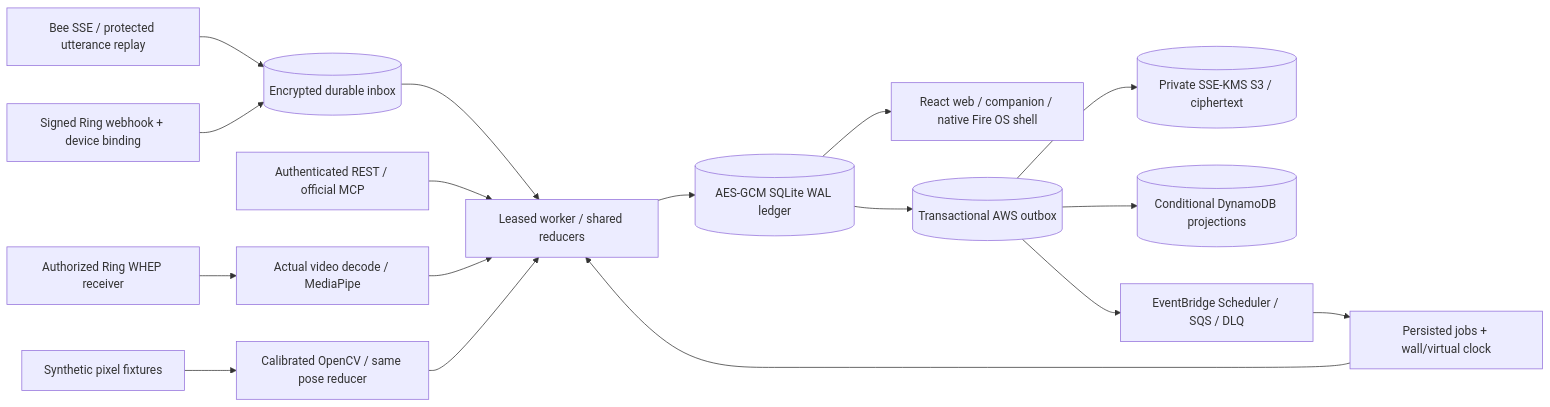
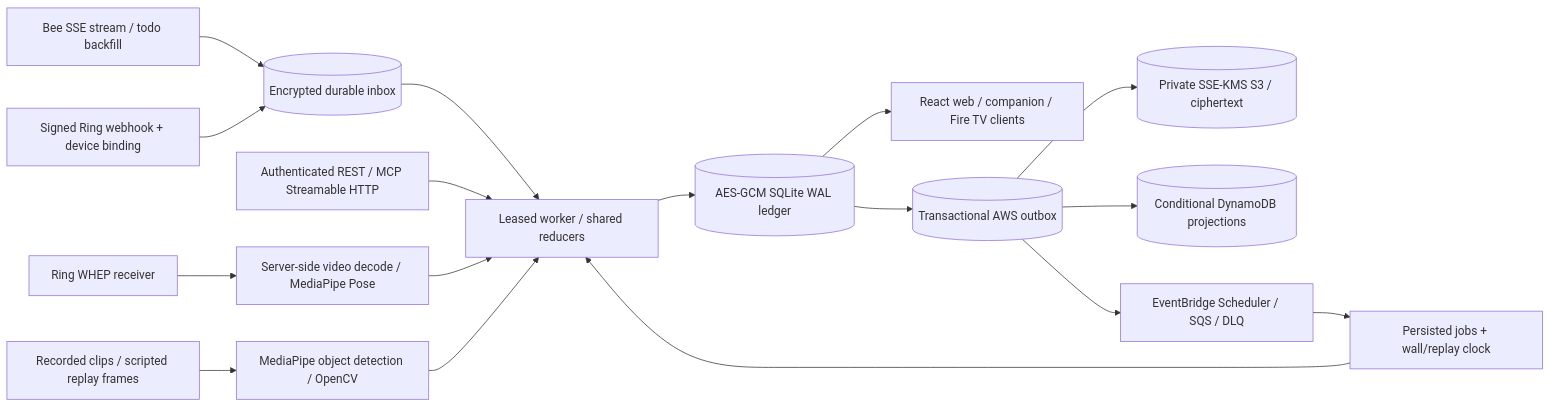
Before and after one commit to vivekyarra/Amazon: the diagram in docs/architecture.md, drawn with Mermaid. The commit also changed other lines of this file and 47 other files, not shown here.

````diff
--- a/docs/architecture.md
+++ b/docs/architecture.md
@@ -3,19 +3,19 @@
 ```mermaid
 flowchart LR
-    B[Bee SSE / protected utterance replay] --> Q[(Encrypted durable inbox)]
+    B[Bee SSE stream / todo backfill] --> Q[(Encrypted durable inbox)]
     R[Signed Ring webhook + device binding] --> Q
     Q --> W[Leased worker / shared reducers]
-    M[Authenticated REST / official MCP] --> W
+    M[Authenticated REST / MCP Streamable HTTP] --> W
     W --> DB[(AES-GCM SQLite WAL ledger)]
-    T[Persisted jobs + wall/virtual clock] --> W
-    C[Authorized Ring WHEP receiver] --> P[Actual video decode / MediaPipe]
-    F[Synthetic pixel fixtures] --> V[Calibrated OpenCV / same pose reducer]
+    T[Persisted jobs + wall/replay clock] --> W
+    C[Ring WHEP receiver] --> P[Server-side video decode / MediaPipe Pose]
+    F[Recorded clips / scripted replay frames] --> V[MediaPipe object detection / OpenCV]
     P --> W
     V --> W
-    DB --> UI[React web / companion / native Fire OS shell]
+    DB --> UI[React web / companion / Fire TV clients]
     DB --> O[(Transactional AWS outbox)]
     O --> S3[(Private SSE-KMS S3 / ciphertext)]
     O --> DDB[(Conditional DynamoDB projections)]
     O --> SCH[EventBridge Scheduler / SQS / DLQ]
     SCH --> T
 ```
````
